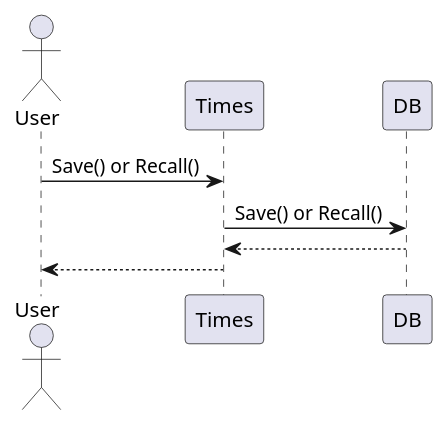
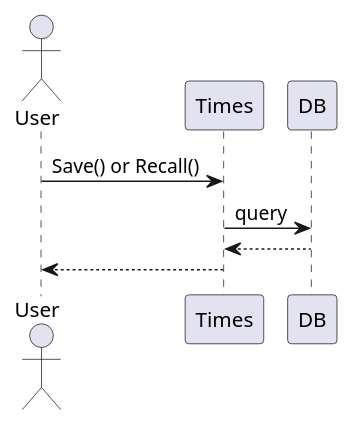
Before and after one commit to gatakaba/times: the second of 3 diagrams in docs/times.md, drawn with PlantUML. The commit also changed other lines of this file, not shown here.

````diff
--- a/docs/times.md
+++ b/docs/times.md
@@ -13,10 +13,10 @@
 ```plantuml
 actor User
 participant Times
 participant DB
 
 User -> Times : Save() or Recall()
-Times -> DB : Save() or Recall()
+Times -> DB : query
 DB --> Times
 Times --> User
 ```
````
